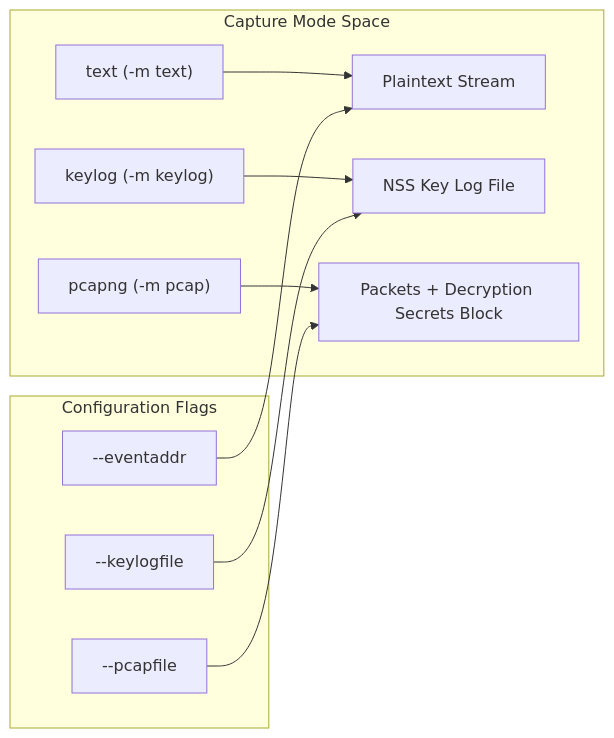
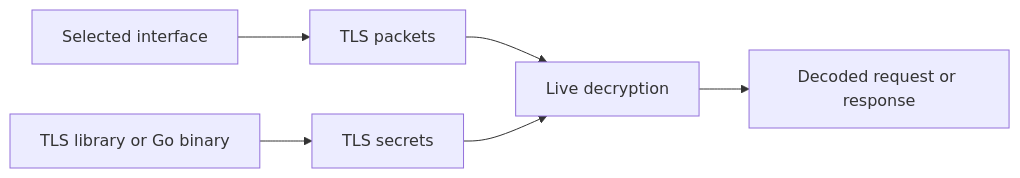
One commit to gojue/ecapture.cc changed the diagram in src/en/1-getting-started/index.md. Above: the diagram before and after it, drawn with Mermaid. The commit also changed other lines of this file and 94 other files, not shown here.

Commit message:
feat: update documentation for eCaptureQ v1.2.0 and eCapture v2.12.0, including new features and configuration changes

````diff
--- a/src/en/1-getting-started/index.md
+++ b/src/en/1-getting-started/index.md
@@ -67,13 +13,8 @@
 ```mermaid
-graph LR
-    subgraph Modes ["Capture Mode Space"]
-        M1["text (-m text)"] --> O1["Plaintext Stream"]
-        M2["keylog (-m keylog)"] --> O2["NSS Key Log File"]
-        M3["pcapng (-m pcap)"] --> O3["Packets + Decryption Secrets Block"]
-    end
-    subgraph Config ["Configuration Flags"]
-        F1["--eventaddr"] --> O1
-        F2["--keylogfile"] --> O2
-        F3["--pcapfile"] --> O3
-    end
+flowchart LR
+    Target["TLS library or Go binary"] --> Secrets["TLS secrets"]
+    NIC["Selected interface"] --> Packets["TLS packets"]
+    Packets --> SDK["Live decryption"]
+    Secrets --> SDK
+    SDK --> Text["Decoded request or response"]
 ```
````
